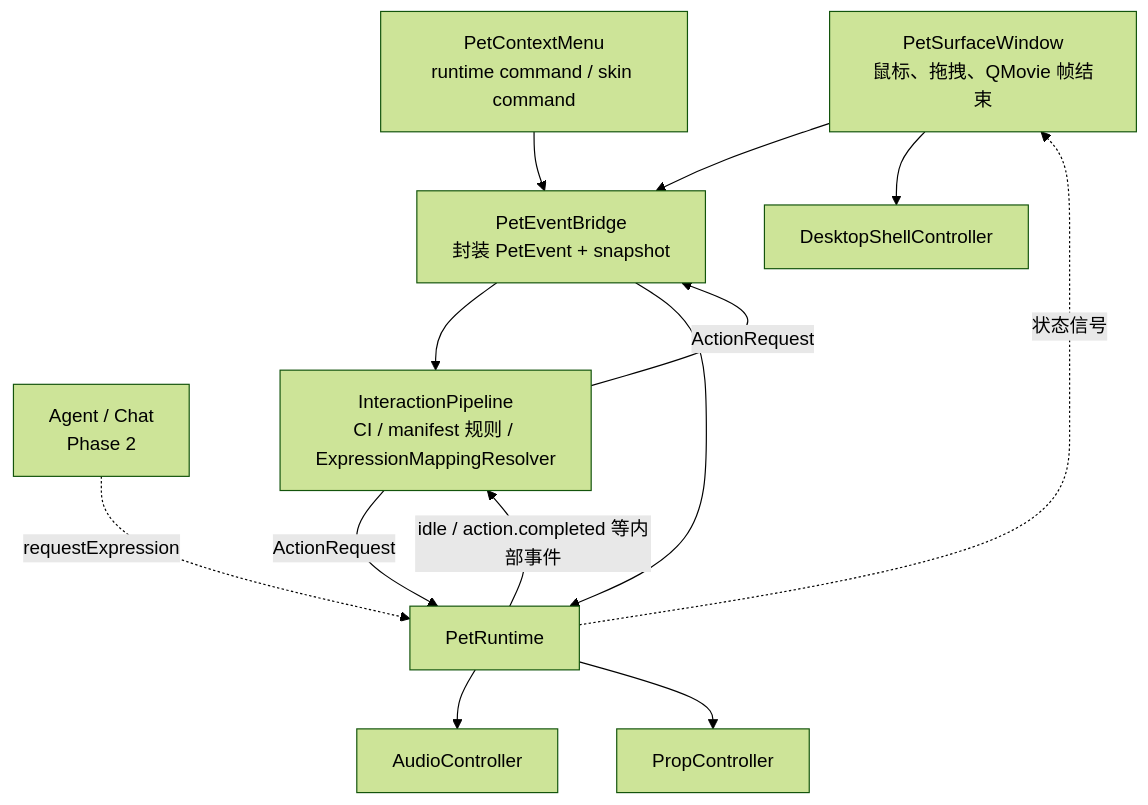
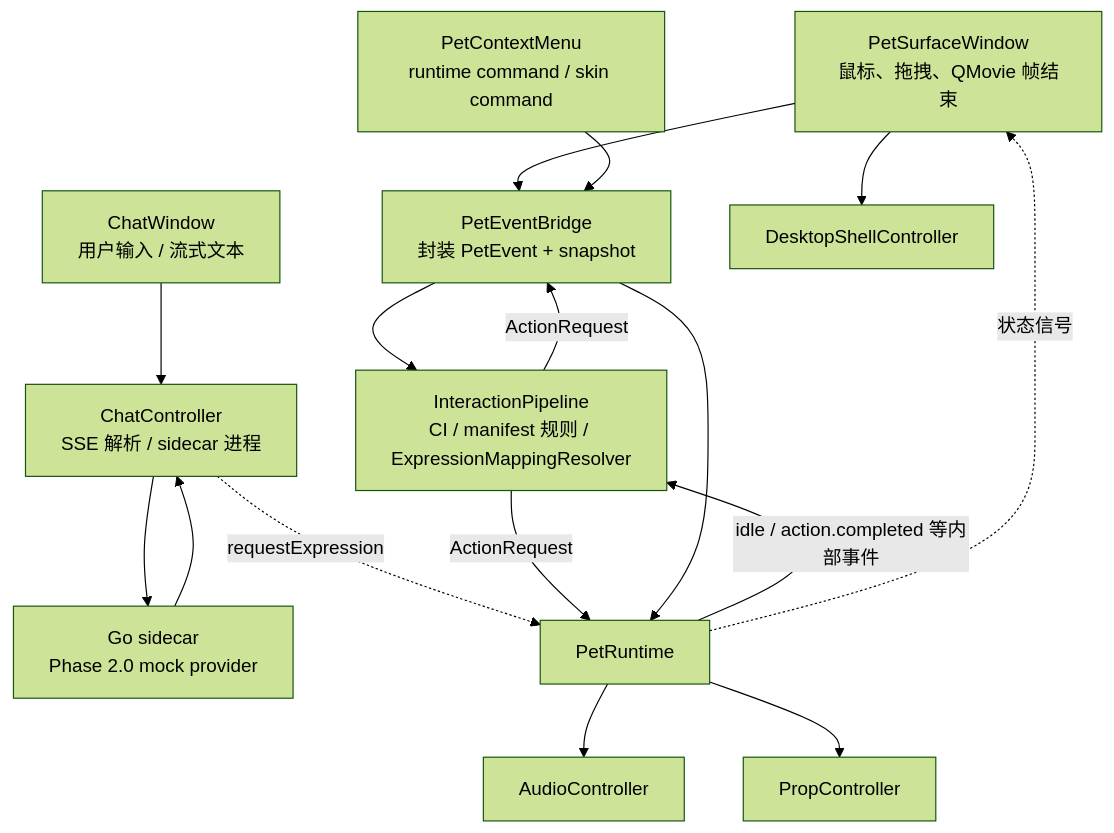
Before and after one commit to tiantian180/MilesEdgeworth: the first of 3 diagrams in docs/v2/设计方案/桌宠运行时与动画调度设计.md, drawn with Mermaid (forest theme). The commit also changed other lines of this file and 1 other file, not shown here.

````diff
--- a/docs/v2/设计方案/桌宠运行时与动画调度设计.md
+++ b/docs/v2/设计方案/桌宠运行时与动画调度设计.md
@@ -17,25 +17,30 @@
 ```mermaid
 flowchart TD
     Surface["PetSurfaceWindow<br/>鼠标、拖拽、QMovie 帧结束"]
     Menu["PetContextMenu<br/>runtime command / skin command"]
-    Agent["Agent / Chat<br/>Phase 2"]
+    Chat["ChatWindow<br/>用户输入 / 流式文本"]
+    Controller["ChatController<br/>SSE 解析 / sidecar 进程"]
+    Agent["Go sidecar<br/>Phase 2.0 mock provider"]
     Bridge["PetEventBridge<br/>封装 PetEvent + snapshot"]
     Pipeline["InteractionPipeline<br/>CI / manifest 规则 / ExpressionMappingResolver"]
     Runtime["PetRuntime"]
     Audio["AudioController"]
     Prop["PropController"]
     Shell["DesktopShellController"]
 
     Surface --> Bridge
     Menu --> Bridge
-    Agent -. requestExpression .-> Runtime
+    Chat --> Controller
+    Controller --> Agent
+    Agent --> Controller
+    Controller -. requestExpression .-> Runtime
     Bridge --> Pipeline
     Runtime -->|idle / action.completed 等内部事件| Pipeline
     Pipeline -->|ActionRequest| Bridge
     Pipeline -->|ActionRequest| Runtime
     Bridge --> Runtime
     Runtime --> Audio
     Runtime --> Prop
     Runtime -. 状态信号 .-> Surface
     Surface --> Shell
 ```
````
